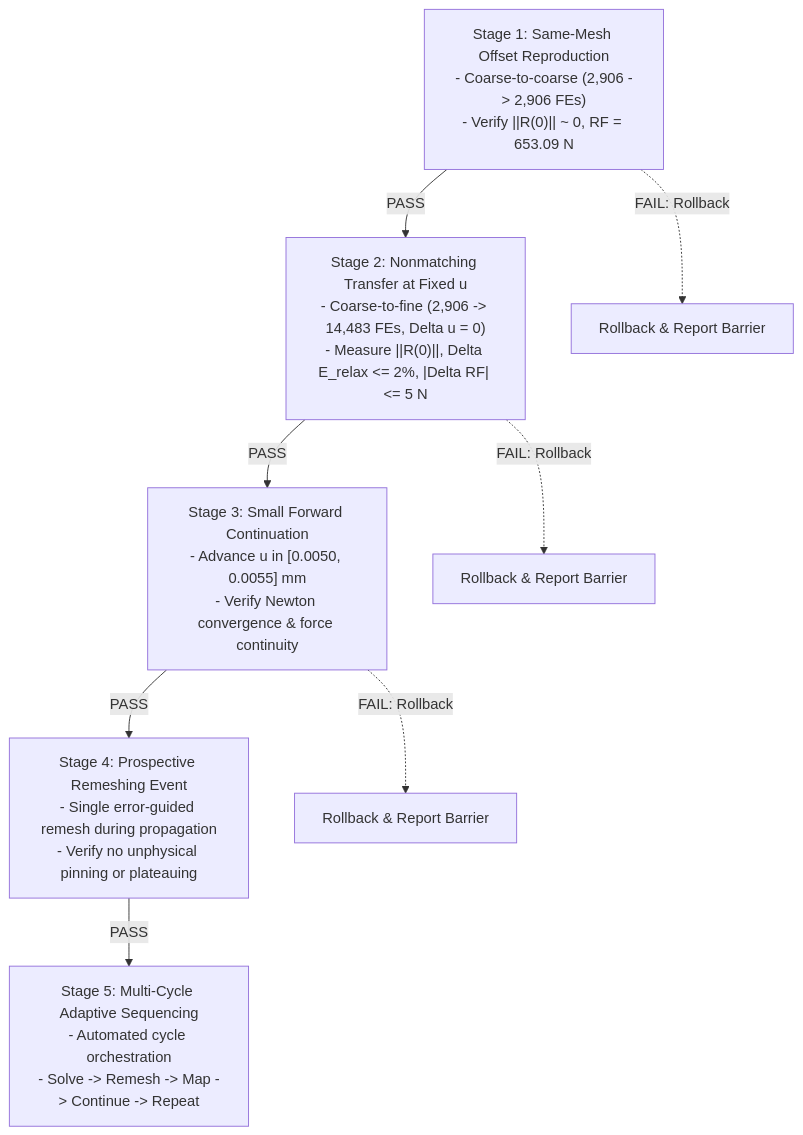
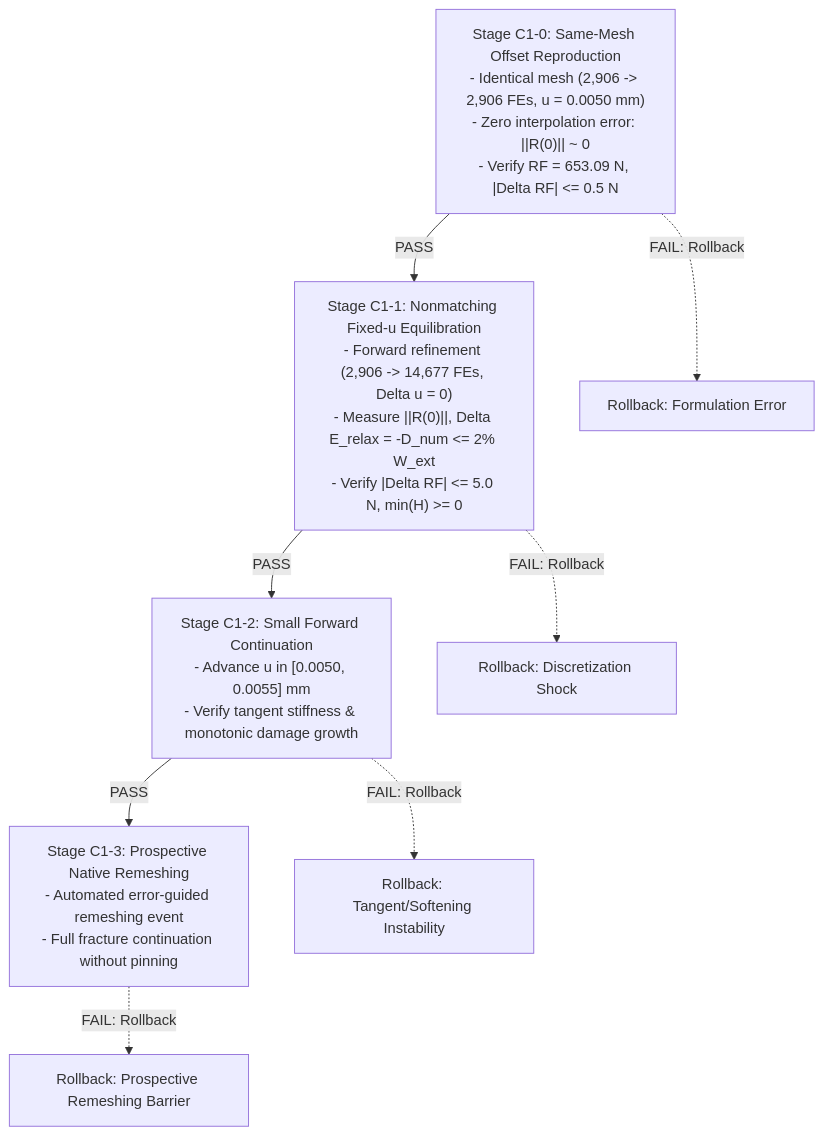
One commit to PRVSTUDENT/adaptive-remeshing-phase-field-thesis changed the diagram in docs/reports/MODE1_METHOD_C1_STATE_INITIALIZATION_AND_CONTINUATION_ARCHITECTURE.md. Above: the diagram before and after it, drawn with Mermaid. The commit also changed other lines of this file and 8 other files, not shown here.

````diff
--- a/docs/reports/MODE1_METHOD_C1_STATE_INITIALIZATION_AND_CONTINUATION_ARCHITECTURE.md
+++ b/docs/reports/MODE1_METHOD_C1_STATE_INITIALIZATION_AND_CONTINUATION_ARCHITECTURE.md
@@ -216,17 +235,16 @@
 ```mermaid
 flowchart TD
-    S1["Stage 1: Same-Mesh Offset Reproduction\n- Coarse-to-coarse (2,906 -> 2,906 FEs)\n- Verify ||R(0)|| ~ 0, RF = 653.09 N"]
-    S2["Stage 2: Nonmatching Transfer at Fixed u\n- Coarse-to-fine (2,906 -> 14,483 FEs, Delta u = 0)\n- Measure ||R(0)||, Delta E_relax <= 2%, |Delta RF| <= 5 N"]
-    S3["Stage 3: Small Forward Continuation\n- Advance u in [0.0050, 0.0055] mm\n- Verify Newton convergence & force continuity"]
-    S4["Stage 4: Prospective Remeshing Event\n- Single error-guided remesh during propagation\n- Verify no unphysical pinning or plateauing"]
-    S5["Stage 5: Multi-Cycle Adaptive Sequencing\n- Automated cycle orchestration\n- Solve -> Remesh -> Map -> Continue -> Repeat"]
+    S0["Stage C1-0: Same-Mesh Offset Reproduction\n- Identical mesh (2,906 -> 2,906 FEs, u = 0.0050 mm)\n- Zero interpolation error: ||R(0)|| ~ 0\n- Verify RF = 653.09 N, |Delta RF| <= 0.5 N"]
+    S1["Stage C1-1: Nonmatching Fixed-u Equilibration\n- Forward refinement (2,906 -> 14,677 FEs, Delta u = 0)\n- Measure ||R(0)||, Delta E_relax = -D_num <= 2% W_ext\n- Verify |Delta RF| <= 5.0 N, min(H) >= 0"]
+    S2["Stage C1-2: Small Forward Continuation\n- Advance u in [0.0050, 0.0055] mm\n- Verify tangent stiffness & monotonic damage growth"]
+    S3["Stage C1-3: Prospective Native Remeshing\n- Automated error-guided remeshing event\n- Full fracture continuation without pinning"]
 
+    S0 -->|PASS| S1
     S1 -->|PASS| S2
     S2 -->|PASS| S3
-    S3 -->|PASS| S4
-    S4 -->|PASS| S5
     
-    S1 -.->|FAIL: Rollback| RB1["Rollback & Report Barrier"]
-    S2 -.->|FAIL: Rollback| RB2["Rollback & Report Barrier"]
-    S3 -.->|FAIL: Rollback| RB3["Rollback & Report Barrier"]
+    S0 -.->|FAIL: Rollback| RB0["Rollback: Formulation Error"]
+    S1 -.->|FAIL: Rollback| RB1["Rollback: Discretization Shock"]
+    S2 -.->|FAIL: Rollback| RB2["Rollback: Tangent/Softening Instability"]
+    S3 -.->|FAIL: Rollback| RB3["Rollback: Prospective Remeshing Barrier"]
 ```
````
